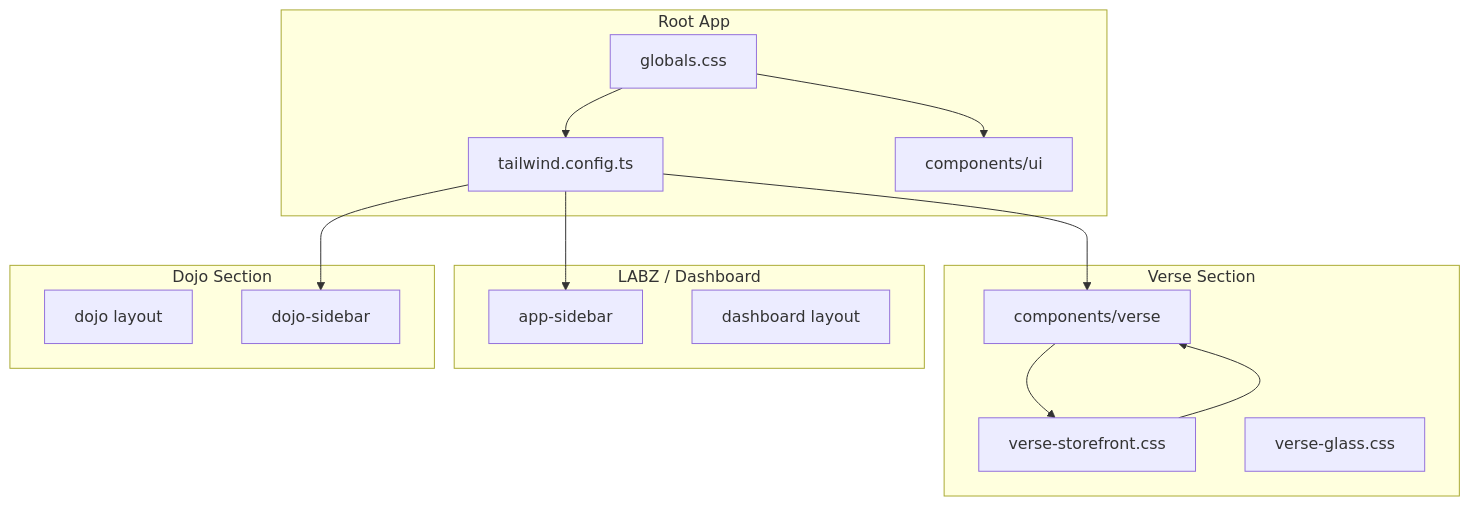
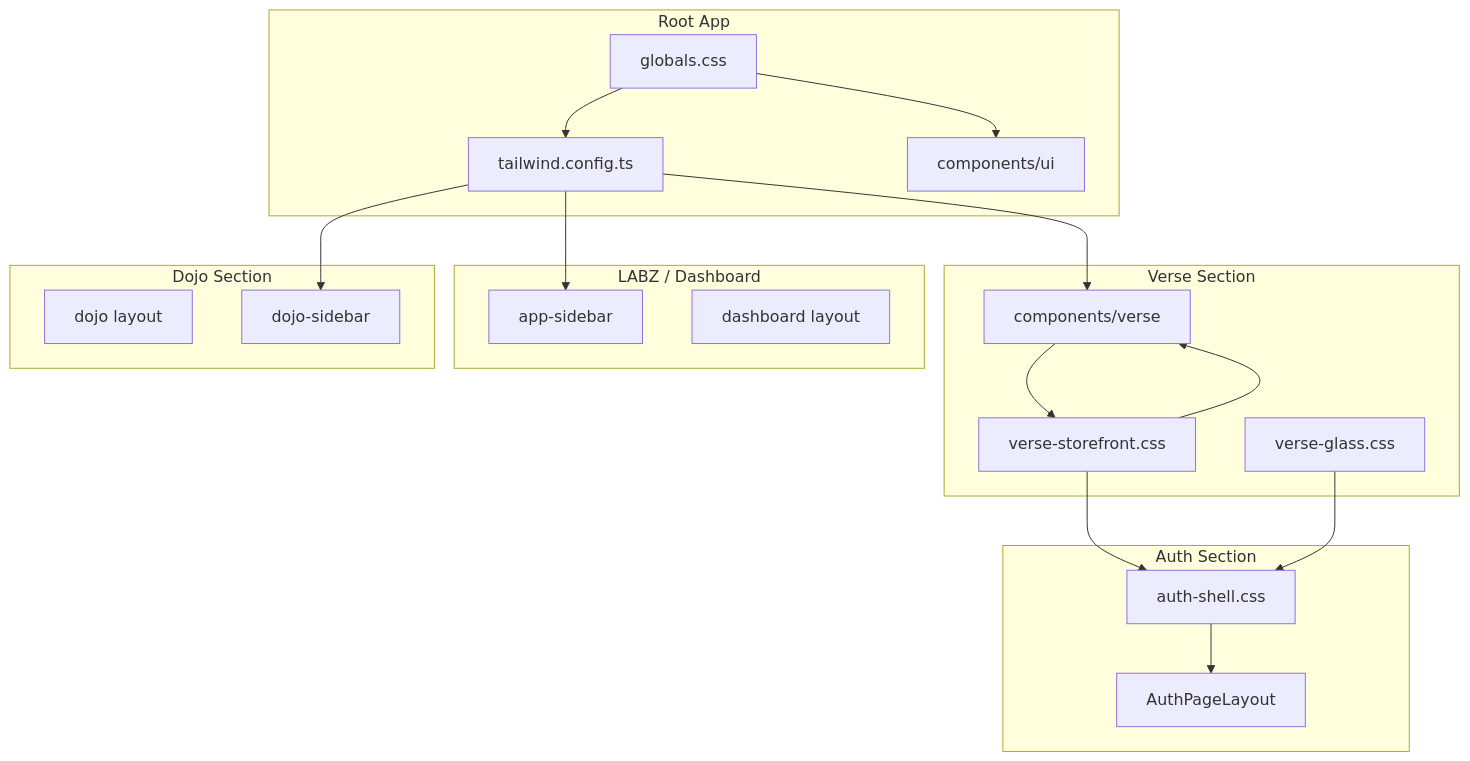
One commit to MOODMNKY-LLC/mood-mnky-command changed the diagram in docs/DESIGN-SYSTEM.md. Above: the diagram before and after it, drawn with Mermaid. The commit also changed other lines of this file and 18 other files, not shown here.

First line of the commit message:
feat(auth): verse-style auth overhaul, theme-aware LABZ, fixed layout

````diff
--- a/docs/DESIGN-SYSTEM.md
+++ b/docs/DESIGN-SYSTEM.md
@@ -7,28 +7,35 @@
 ```mermaid
 flowchart TB
     subgraph Root [Root App]
         globals[globals.css]
         tailwind[tailwind.config.ts]
         shadcn[components/ui]
     end
     subgraph Verse [Verse Section]
         verseCss[verse-storefront.css]
         verseGlass[verse-glass.css]
         verseComps[components/verse]
     end
+    subgraph Auth [Auth Section]
+        authShell[auth-shell.css]
+        authLayout[AuthPageLayout]
+    end
     subgraph Labz [LABZ / Dashboard]
         appSidebar[app-sidebar]
         dashboardLayout[dashboard layout]
     end
     subgraph Dojo [Dojo Section]
         dojoLayout[dojo layout]
         dojoSidebar[dojo-sidebar]
     end
     globals --> tailwind
     globals --> shadcn
     verseCss --> verseComps
+    verseCss --> authShell
+    verseGlass --> authShell
     verseComps --> verseCss
     tailwind --> verseComps
     tailwind --> appSidebar
     tailwind --> dojoSidebar
+    authShell --> authLayout
 ```
````
